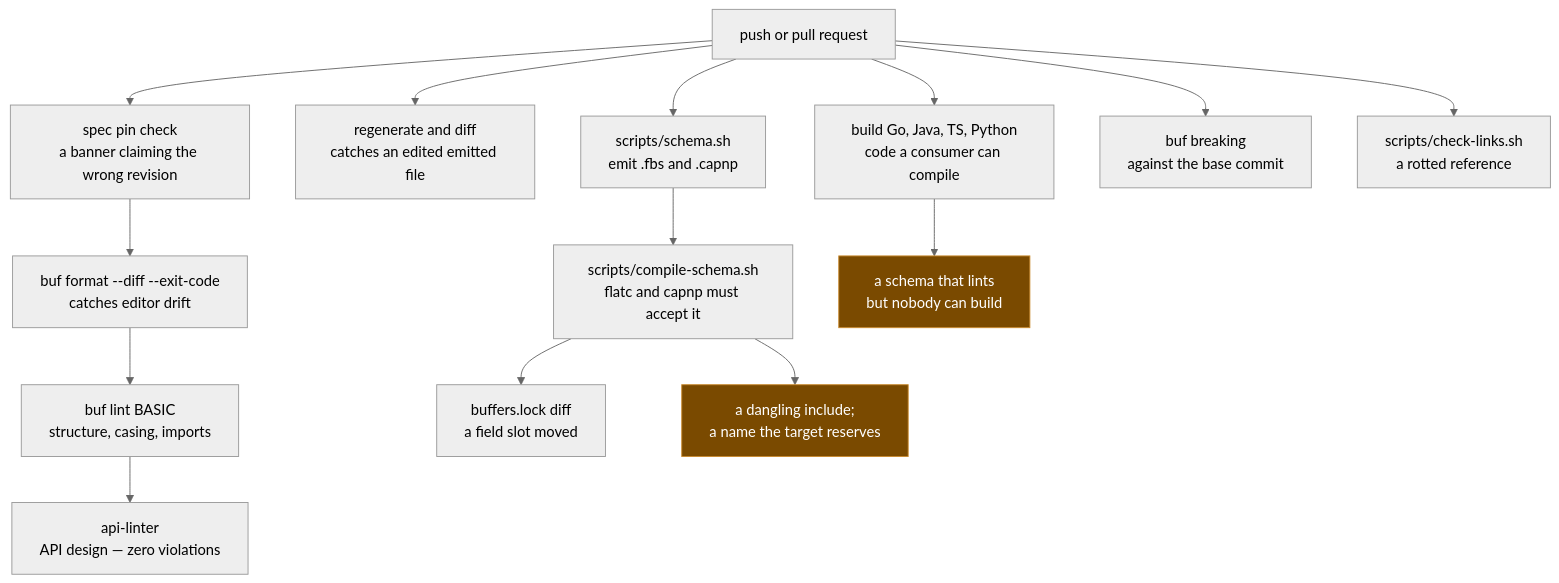
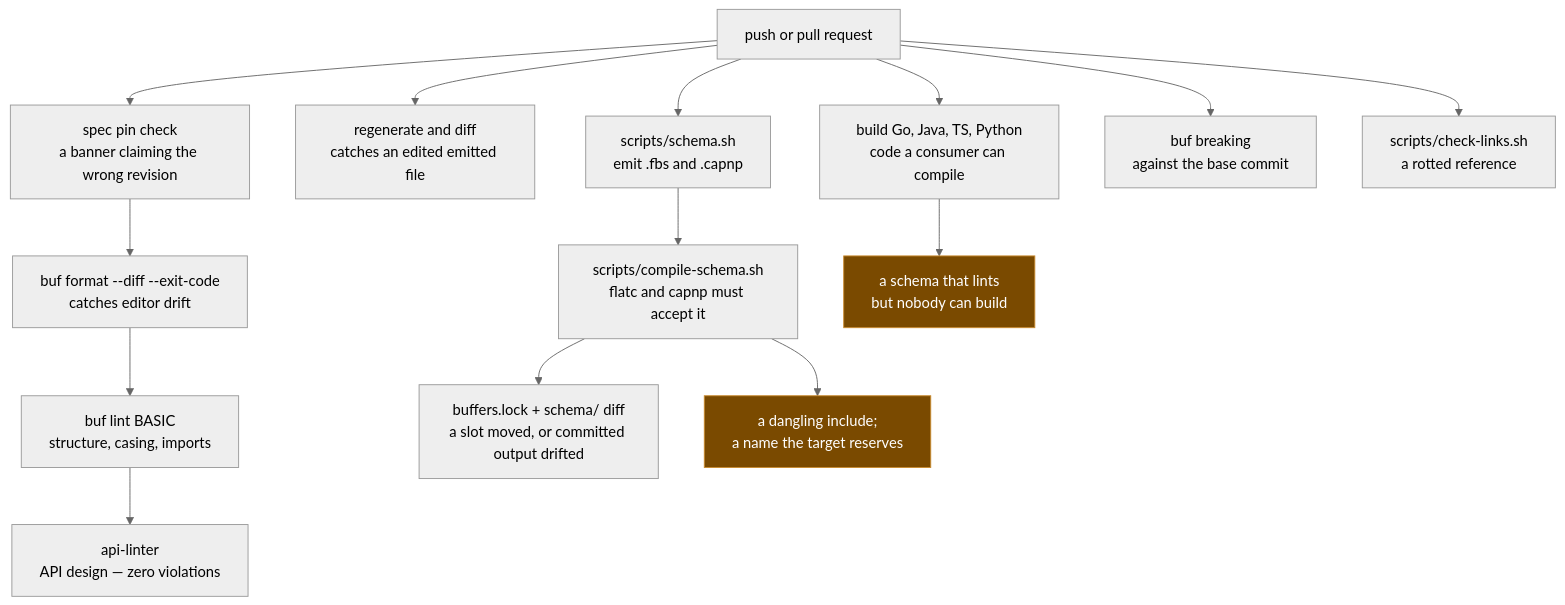
Before and after one commit to oh-tarnished/coversa-protobuf: diagram 11 of 11 in README.md, drawn with Mermaid (neutral theme). The commit also changed other lines of this file and 525 other files, not shown here.

````diff
--- a/README.md
+++ b/README.md
@@ -522,29 +522,29 @@
 ```mermaid
 flowchart TD
   PR["push or pull request"]
 
   G0["spec pin check<br/>a banner claiming the wrong revision"]
   G1["regenerate and diff<br/>catches an edited emitted file"]
   G2["buf format --diff --exit-code<br/>catches editor drift"]
   G3["buf lint BASIC<br/>structure, casing, imports"]
   G4["api-linter<br/>API design — zero violations"]
   G5["scripts/schema.sh<br/>emit .fbs and .capnp"]
   G6["scripts/compile-schema.sh<br/>flatc and capnp must accept it"]
-  G7["buffers.lock diff<br/>a field slot moved"]
+  G7["buffers.lock + schema/ diff<br/>a slot moved, or committed output drifted"]
   G8["build Go, Java, TS, Python<br/>code a consumer can compile"]
   G9["buf breaking<br/>against the base commit"]
   G10["scripts/check-links.sh<br/>a rotted reference"]
 
   PR --> G0 --> G2 --> G3 --> G4
   PR --> G1
   PR --> G5 --> G6 --> G7
   PR --> G8
   PR --> G9
   PR --> G10
 
   G6 --> W1["a dangling include;<br/>a name the target reserves"]
   G8 --> W2["a schema that lints<br/>but nobody can build"]
 
   classDef caught fill:#7A4A00,stroke:#C98A2E,color:#FFFFFF;
   class W1,W2 caught;
 ```
````
